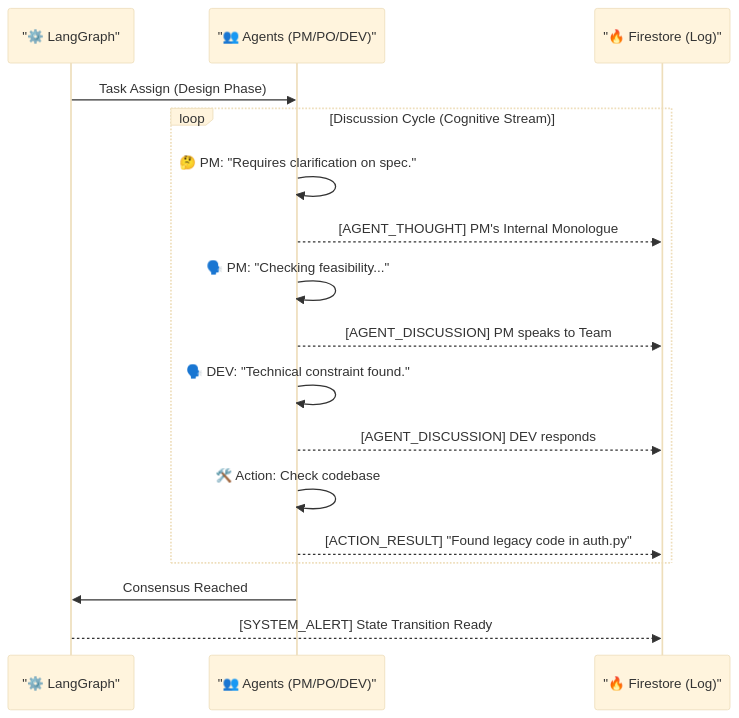
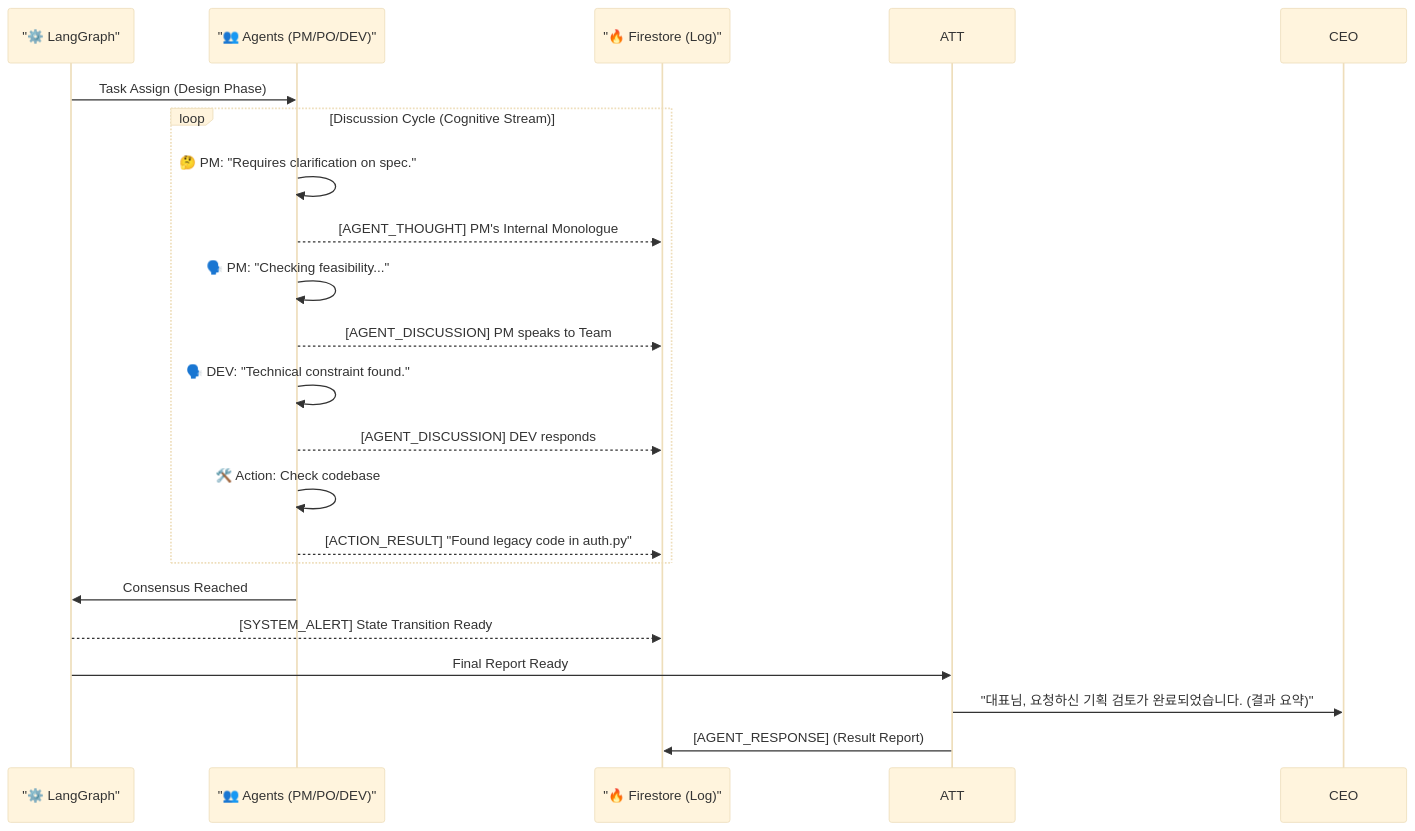
One commit to KyleL22/yuna-openclaw changed the fourth of 5 diagrams in docs/core/process/SYSTEM_DESIGN_V1_0.md. Above: the diagram before and after it, drawn with Mermaid (base theme). The commit also changed other lines of this file, not shown here.

````diff
--- a/docs/core/process/SYSTEM_DESIGN_V1_0.md
+++ b/docs/core/process/SYSTEM_DESIGN_V1_0.md
@@ -254,25 +254,29 @@
 ```mermaid
 sequenceDiagram
     participant LG as "⚙️ LangGraph"
     participant Squad as "👥 Agents (PM/PO/DEV)"
     participant DB as "🔥 Firestore (Log)"
 
     LG->>Squad: Task Assign (Design Phase)
     
     loop Discussion Cycle (Cognitive Stream)
         Squad->>Squad: 🤔 PM: "Requires clarification on spec."
         Squad-->>DB: [AGENT_THOUGHT] PM's Internal Monologue
         
         Squad->>Squad: 🗣️ PM: "Checking feasibility..."
         Squad-->>DB: [AGENT_DISCUSSION] PM speaks to Team
         
         Squad->>Squad: 🗣️ DEV: "Technical constraint found."
         Squad-->>DB: [AGENT_DISCUSSION] DEV responds
         
         Squad->>Squad: 🛠️ Action: Check codebase
         Squad-->>DB: [ACTION_RESULT] "Found legacy code in auth.py"
     end
     
     Squad->>LG: Consensus Reached
     LG-->>DB: [SYSTEM_ALERT] State Transition Ready
+    
+    LG->>ATT: Final Report Ready
+    ATT->>CEO: "대표님, 요청하신 기획 검토가 완료되었습니다. (결과 요약)"
+    ATT->>DB: [AGENT_RESPONSE] (Result Report)
 ```
````
